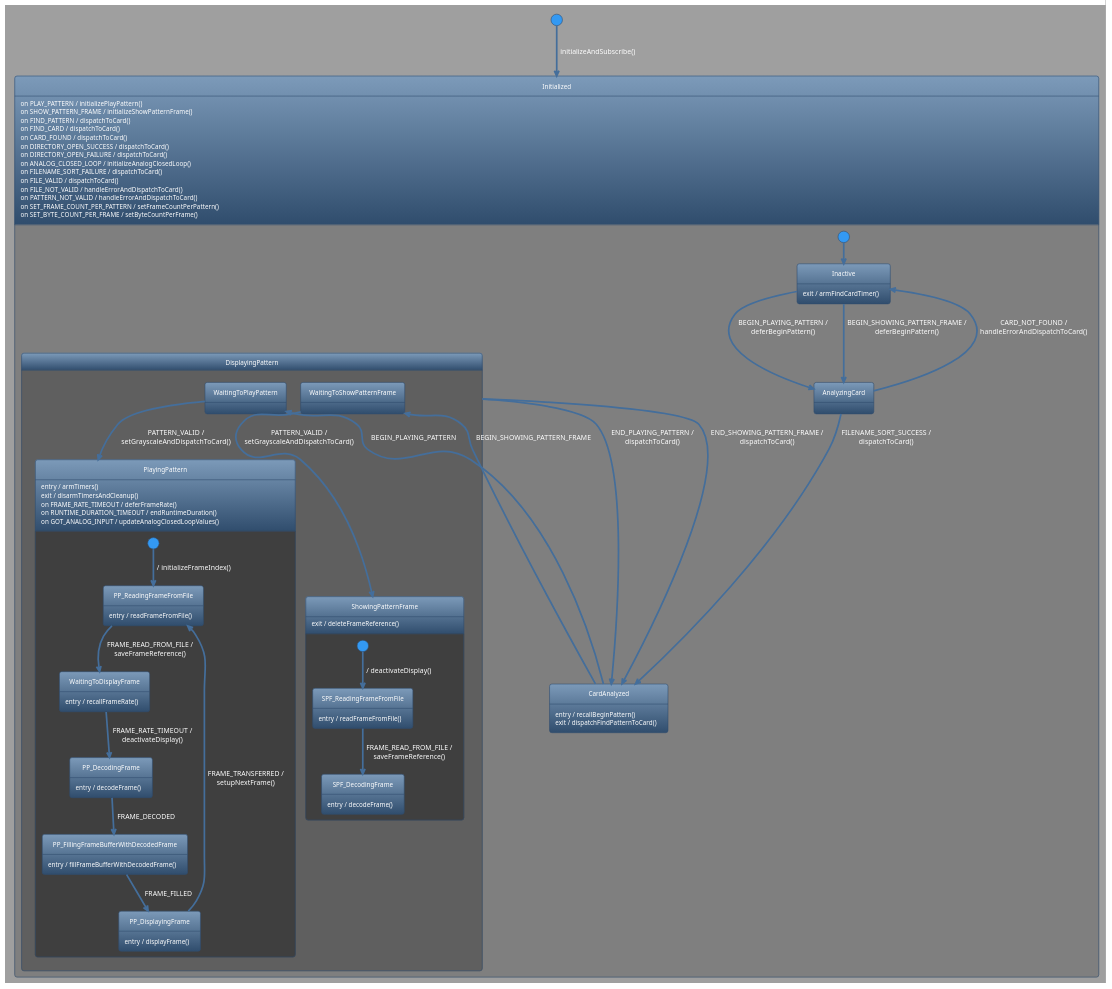
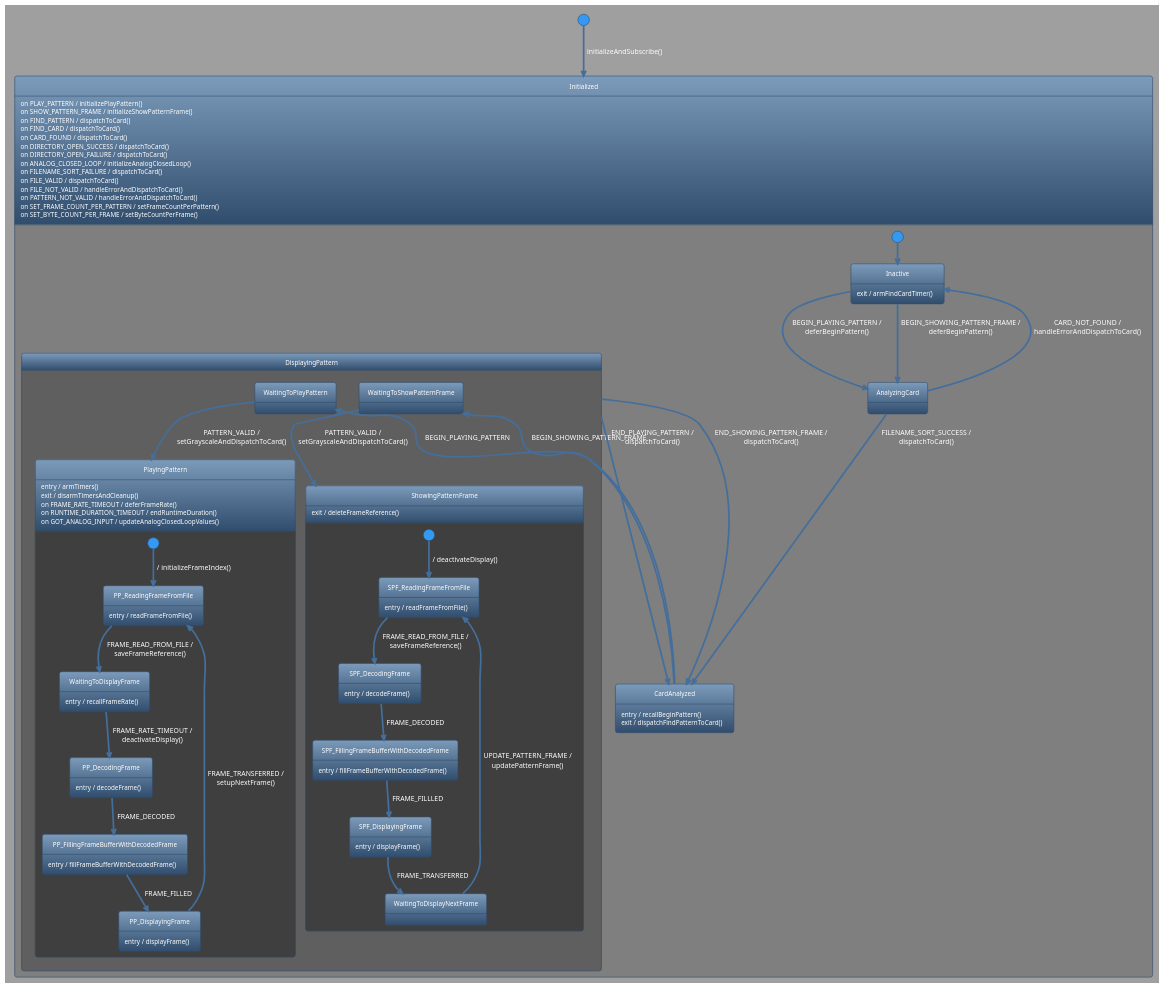
Before and after one commit to janelia-arduino/ArenaController: the fourth of 5 diagrams in .metadata/metadata.org, drawn with PlantUML. The commit also changed other lines of this file and 1 other file, not shown here.

Commit message:
Update pattern

```diff
--- a/.metadata/metadata.org
+++ b/.metadata/metadata.org
@@ -614,6 +614,18 @@
         SPF_DecodingFrame : entry / decodeFrame()
       }
       SPF_ReadingFrameFromFile --> SPF_DecodingFrame : FRAME_READ_FROM_FILE /\nsaveFrameReference()
+      state SPF_FillingFrameBufferWithDecodedFrame {
+        SPF_FillingFrameBufferWithDecodedFrame : entry / fillFrameBufferWithDecodedFrame()
+      }
+      SPF_DecodingFrame --> SPF_FillingFrameBufferWithDecodedFrame : FRAME_DECODED
+      state SPF_DisplayingFrame {
+        SPF_DisplayingFrame : entry / displayFrame()
+      }
+      SPF_FillingFrameBufferWithDecodedFrame --> SPF_DisplayingFrame : FRAME_FILLLED
+      state WaitingToDisplayNextFrame {
+      }
+      SPF_DisplayingFrame --> WaitingToDisplayNextFrame : FRAME_TRANSFERRED
+      WaitingToDisplayNextFrame --> SPF_ReadingFrameFromFile : UPDATE_PATTERN_FRAME /\nupdatePatternFrame()
     }
     WaitingToShowPatternFrame --> ShowingPatternFrame : PATTERN_VALID /\nsetGrayscaleAndDispatchToCard()
   }
```
